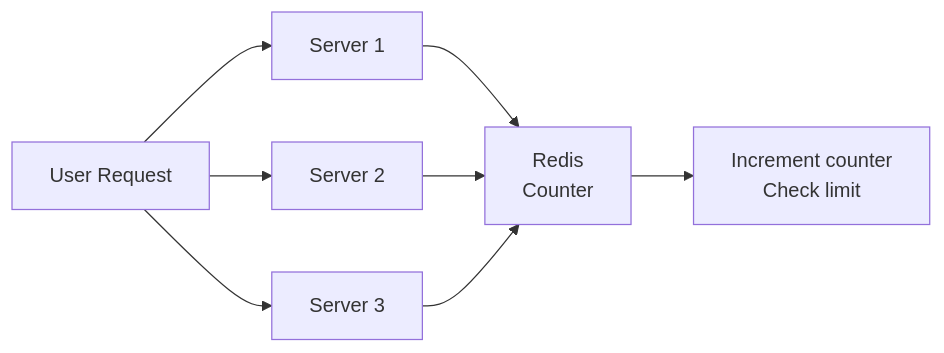
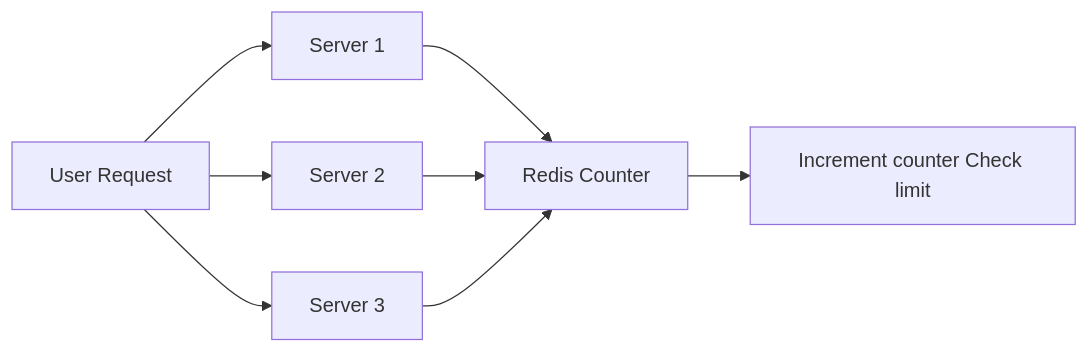
Diagram 33 of 39 in Distributed_Concurrency_Control_Guide.md (p1kmr/for-reading), drawn with Mermaid before and after one commit. The commit also changed other lines of this file and 2 other files, not shown here.

Commit message:
Fix Mermaid rendering issues in Databases and Message Queues guides by simplifying complex diagrams

````diff
--- a/Distributed_Concurrency_Control_Guide.md
+++ b/Distributed_Concurrency_Control_Guide.md
@@ -1874,12 +1874,12 @@
 ```mermaid
 graph LR
     A[User Request] --> B[Server 1]
     A --> C[Server 2]
     A --> D[Server 3]
 
-    B --> E[Redis<br/>Counter]
+    B --> E[Redis Counter]
     C --> E
     D --> E
 
-    E --> F[Increment counter<br/>Check limit]
+    E --> F[Increment counter Check limit]
 ```
````
